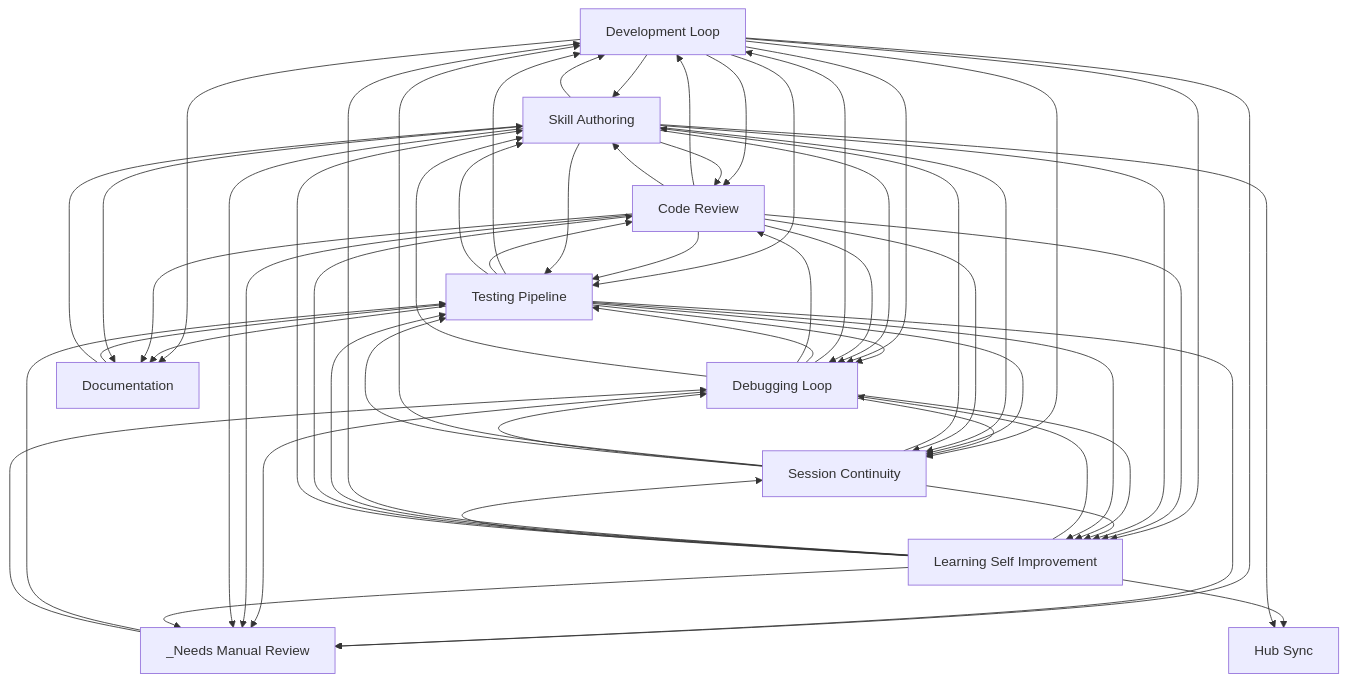
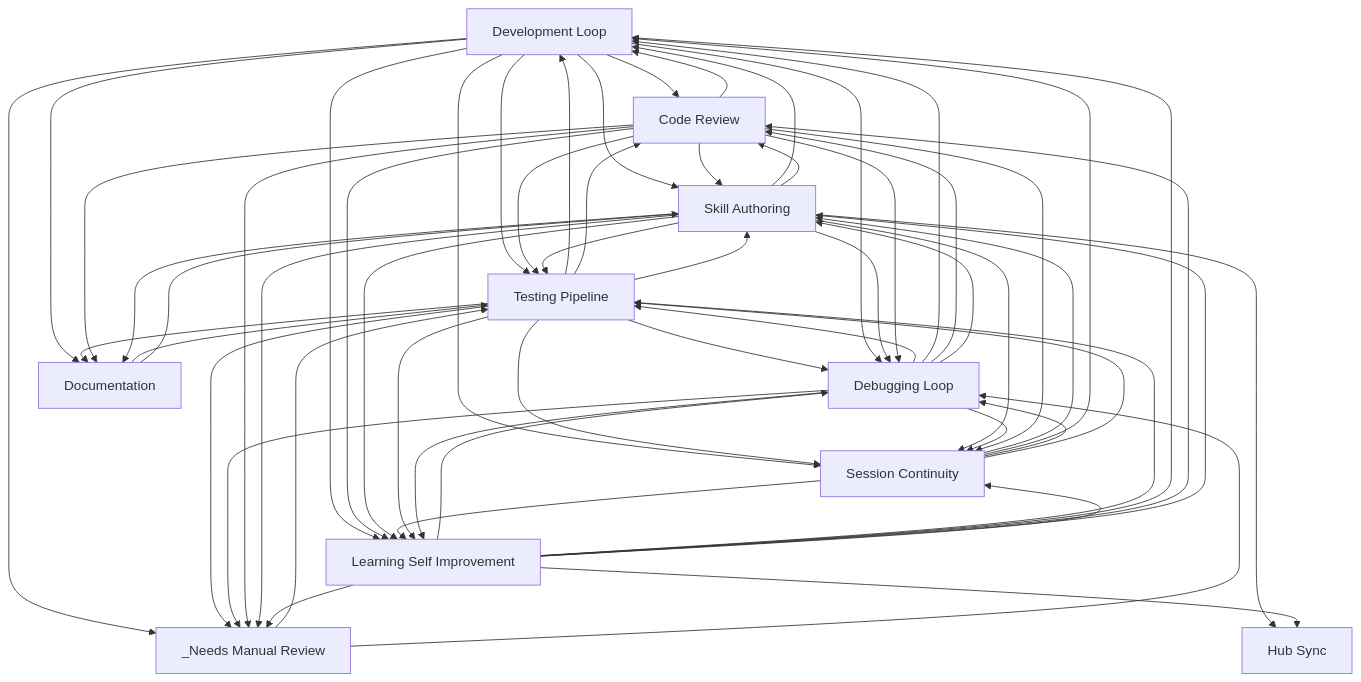
Before and after one commit to abhayla/claude-best-practices: the diagram in docs/workflows/INDEX.md, drawn with Mermaid. The commit also changed other lines of this file and 12 other files, not shown here.

````diff
--- a/docs/workflows/INDEX.md
+++ b/docs/workflows/INDEX.md
@@ -22,70 +22,70 @@
 ```mermaid
 graph TD
     development_loop[Development Loop]
     testing_pipeline[Testing Pipeline]
     debugging_loop[Debugging Loop]
     learning_self_improvement[Learning Self Improvement]
     session_continuity[Session Continuity]
     skill_authoring[Skill Authoring]
     code_review[Code Review]
     documentation[Documentation]
     hub_sync[Hub Sync]
     _needs_manual_review[_Needs Manual Review]
     documentation --> testing_pipeline
     documentation --> skill_authoring
+    development_loop --> code_review
     development_loop --> skill_authoring
-    development_loop --> code_review
     code_review --> development_loop
     code_review --> skill_authoring
     development_loop --> testing_pipeline
     development_loop --> learning_self_improvement
     code_review --> testing_pipeline
     code_review --> learning_self_improvement
     testing_pipeline --> debugging_loop
     testing_pipeline --> development_loop
     testing_pipeline --> code_review
     testing_pipeline --> skill_authoring
+    debugging_loop --> testing_pipeline
     debugging_loop --> development_loop
-    debugging_loop --> testing_pipeline
     debugging_loop --> code_review
     debugging_loop --> skill_authoring
     development_loop --> debugging_loop
     skill_authoring --> development_loop
     skill_authoring --> code_review
     skill_authoring --> testing_pipeline
     skill_authoring --> learning_self_improvement
     development_loop --> _needs_manual_review
     testing_pipeline --> _needs_manual_review
     development_loop --> documentation
     testing_pipeline --> documentation
     code_review --> documentation
+    development_loop --> session_continuity
     session_continuity --> learning_self_improvement
-    development_loop --> session_continuity
     _needs_manual_review --> testing_pipeline
-    debugging_loop --> session_continuity
     testing_pipeline --> session_continuity
     skill_authoring --> session_continuity
+    debugging_loop --> session_continuity
     skill_authoring --> debugging_loop
     _needs_manual_review --> debugging_loop
+    testing_pipeline --> learning_self_improvement
     debugging_loop --> learning_self_improvement
-    testing_pipeline --> learning_self_improvement
     learning_self_improvement --> debugging_loop
+    learning_self_improvement --> testing_pipeline
     learning_self_improvement --> development_loop
-    learning_self_improvement --> testing_pipeline
     learning_self_improvement --> code_review
     learning_self_improvement --> skill_authoring
     code_review --> debugging_loop
     debugging_loop --> _needs_manual_review
     code_review --> _needs_manual_review
     skill_authoring --> _needs_manual_review
     learning_self_improvement --> session_continuity
     code_review --> session_continuity
     session_continuity --> skill_authoring
     session_continuity --> development_loop
     session_continuity --> debugging_loop
     session_continuity --> testing_pipeline
+    skill_authoring --> hub_sync
     learning_self_improvement --> hub_sync
-    skill_authoring --> hub_sync
     learning_self_improvement --> _needs_manual_review
     skill_authoring --> documentation
 ```
````
